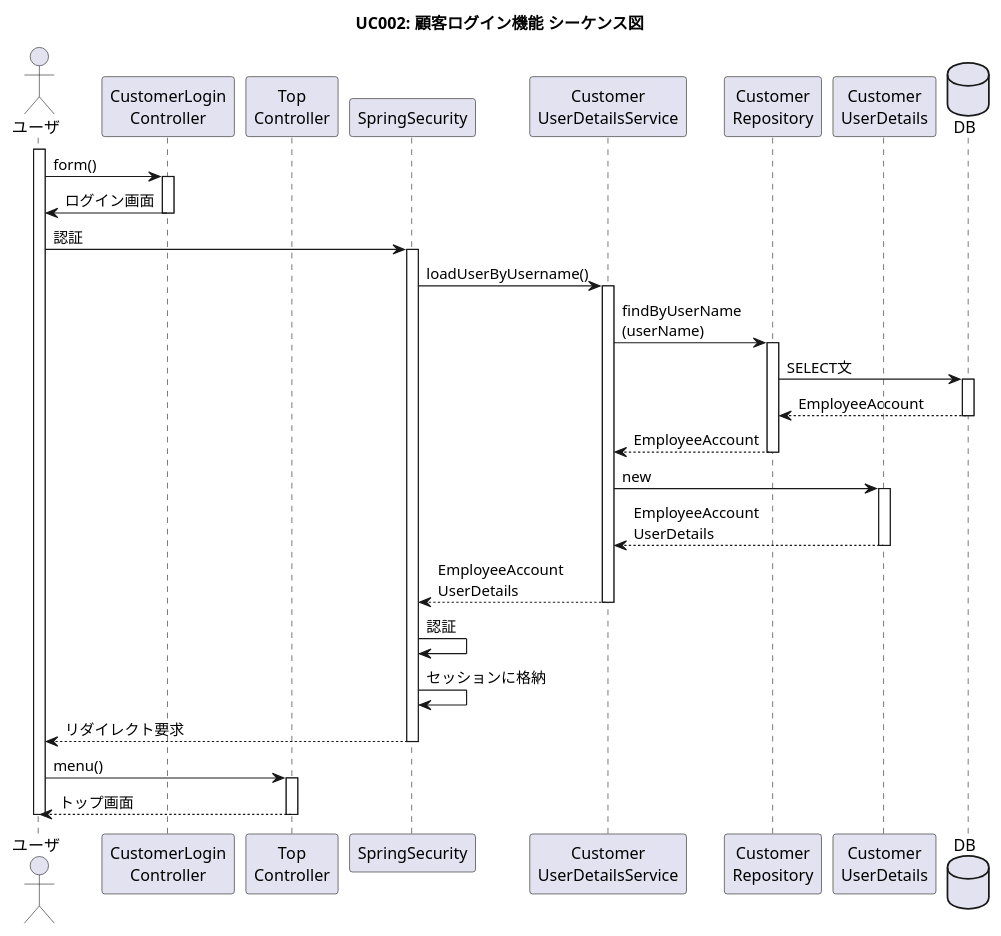
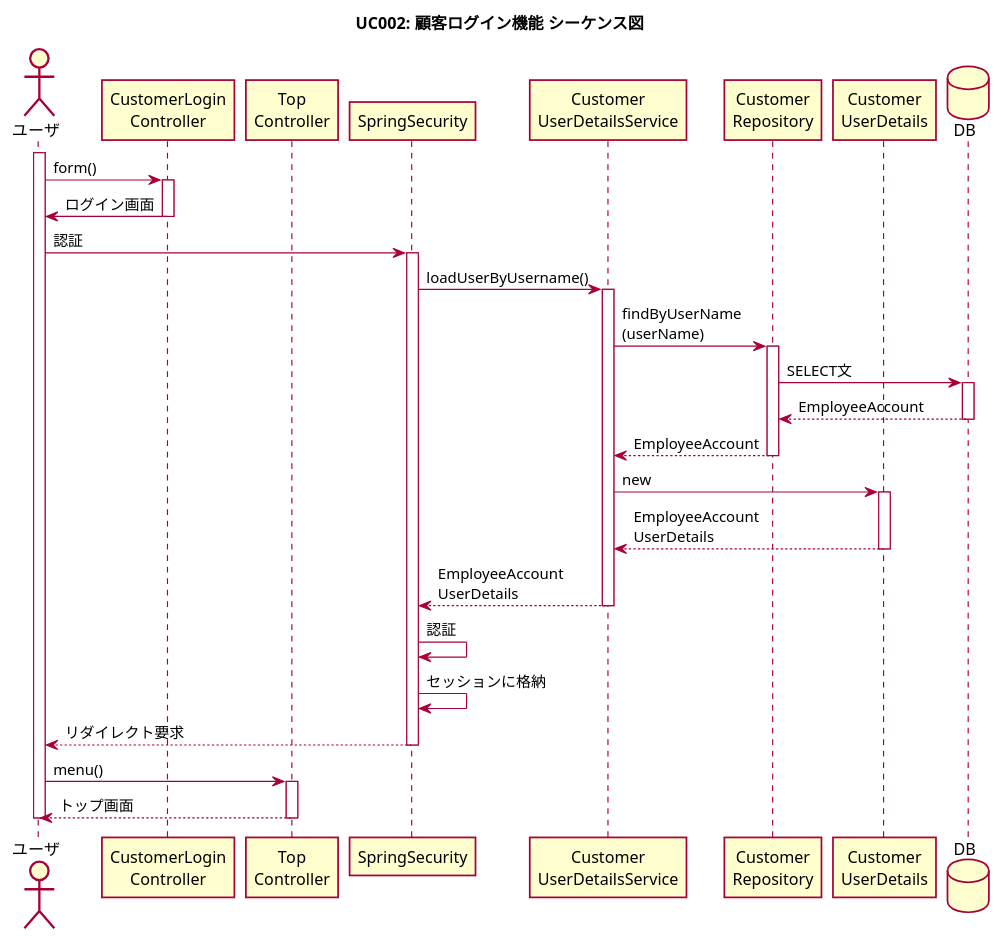
One commit to imagepit/fullness-ec changed the diagram in plan/diagram/sequence/uc001_customer_login.puml. Above: the diagram before and after it, drawn with PlantUML. The commit also changed 30 other files, not shown here.

```diff
--- a/plan/diagram/sequence/uc001_customer_login.puml
+++ b/plan/diagram/sequence/uc001_customer_login.puml
@@ -1,34 +1,37 @@
 @startuml
 
 title UC002: 顧客ログイン機能 シーケンス図
+
+skin rose
+skinparam shadowing false
 
 actor "ユーザ" as user
 activate user
 participant "CustomerLogin\nController" as ctrl1
 participant "Top\nController" as ctrl2
 participant "SpringSecurity" as sec
 participant "Customer\nUserDetailsService" as svc
 participant "Customer\nRepository" as repo
 participant "Customer\nUserDetails" as ud
 database DB as db
 
 user -> ctrl1 ++ : form()
 ctrl1 -> user -- : ログイン画面
 user -> sec ++ : 認証
 sec -> svc ++ : loadUserByUsername()
 svc -> repo ++ : findByUserName\n(userName)
 repo -> db ++ : SELECT文
 db --> repo -- : EmployeeAccount
 repo --> svc -- : EmployeeAccount
 svc -> ud ++ : new
 ud --> svc -- : EmployeeAccount\nUserDetails
 svc --> sec -- : EmployeeAccount\nUserDetails
 sec -> sec : 認証
 sec -> sec : セッションに格納
 sec --> user -- : リダイレクト要求
 user -> ctrl2 ++ : menu()
 ctrl2 --> user -- : トップ画面
 
 deactivate user
 
 @enduml
```
